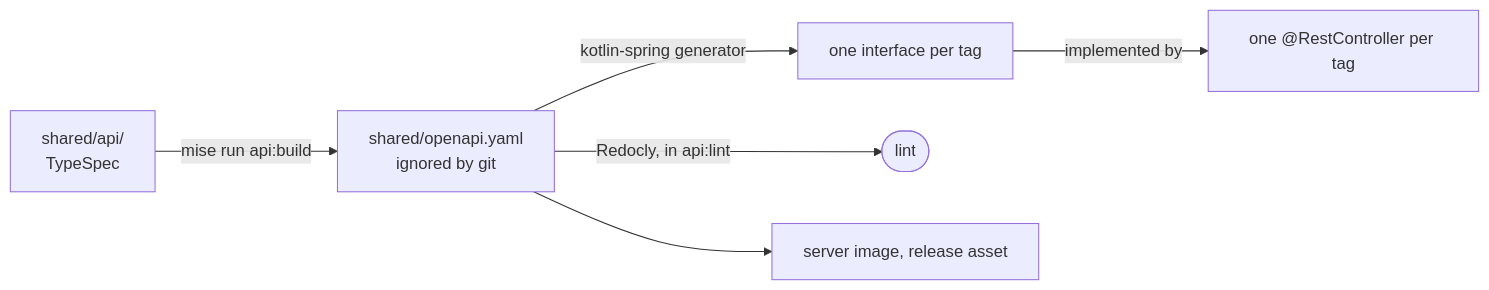
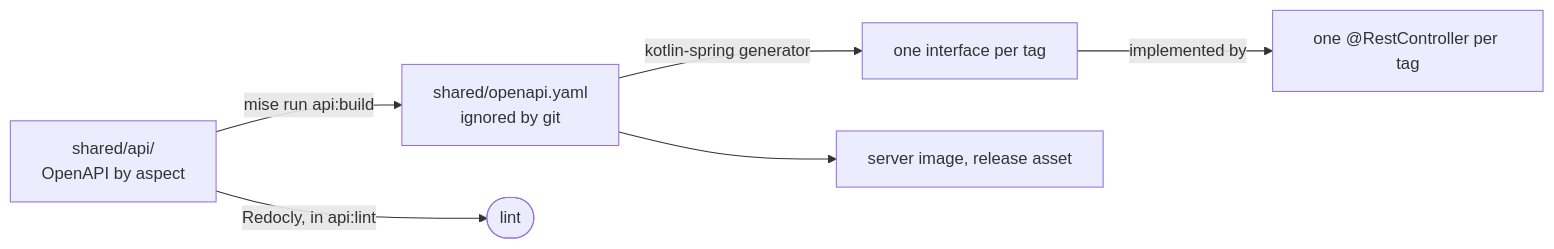
One commit to nca-apprentices/jjforge changed the first of 3 diagrams in shared/docs/adr/0003-checked-code-rules.md. Above: the diagram before and after it, drawn with Mermaid. The commit also changed other lines of this file and 41 other files, not shown here.

First line of the commit message:
refactor(api): write the contract as OpenAPI split by aspect (#149)

````diff
--- a/shared/docs/adr/0003-checked-code-rules.md
+++ b/shared/docs/adr/0003-checked-code-rules.md
@@ -51,10 +52,10 @@
 ```mermaid
 flowchart LR
-    tsp["shared/api/<br/>TypeSpec"]
+    src["shared/api/<br/>OpenAPI by aspect"]
     yaml["shared/openapi.yaml<br/>ignored by git"]
-    tsp -- "mise run api:build" --> yaml
+    src -- "mise run api:build" --> yaml
     yaml -- "kotlin-spring generator" --> iface["one interface per tag"]
     iface -- "implemented by" --> ctrl["one @RestController per tag"]
-    yaml -- "Redocly, in api:lint" --> lint(["lint"])
+    src -- "Redocly, in api:lint" --> lint(["lint"])
     yaml --> image["server image, release asset"]
 ```
````
